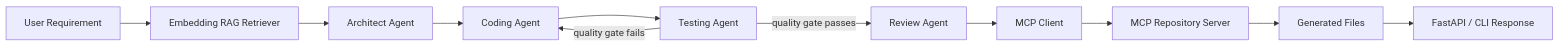
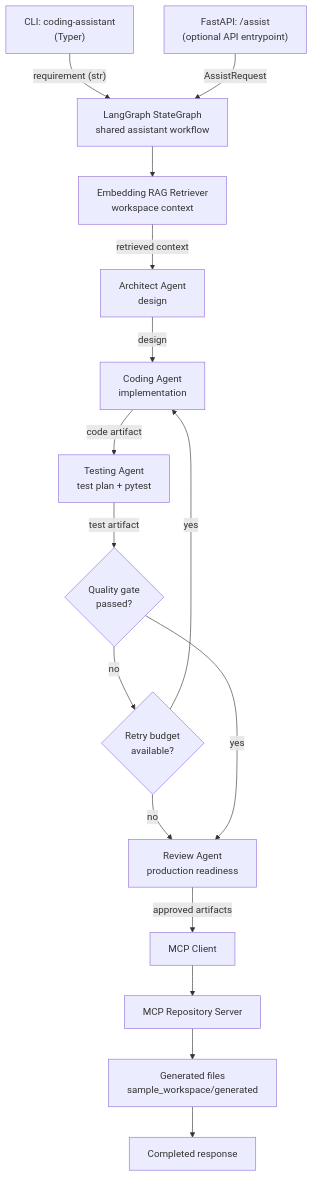
The diagram in README.md (sanjaykunta/multi-agent-coding-assistant), drawn with Mermaid before and after one commit.

Commit message:
Update README architecture diagram

````diff
--- a/README.md
+++ b/README.md
@@ -24,13 +24,33 @@
 ```mermaid
-flowchart LR
-    User[User Requirement] --> RAG[Embedding RAG Retriever]
-    RAG --> Architect[Architect Agent]
-    Architect --> Coder[Coding Agent]
-    Coder --> Tester[Testing Agent]
-    Tester -->|quality gate fails| Coder
-    Tester -->|quality gate passes| Reviewer[Review Agent]
-    Reviewer --> MCPClient[MCP Client]
-    MCPClient --> MCPServer[MCP Repository Server]
-    MCPServer --> Files[Generated Files]
-    Files --> API[FastAPI / CLI Response]
+flowchart TB
+    CLI["CLI: coding-assistant<br/>(Typer)"]
+    API["FastAPI: /assist<br/>(optional API entrypoint)"]
+    Graph["LangGraph StateGraph<br/>shared assistant workflow"]
+    RAG["Embedding RAG Retriever<br/>workspace context"]
+    Architect["Architect Agent<br/>design"]
+    Coder["Coding Agent<br/>implementation"]
+    Tester["Testing Agent<br/>test plan + pytest"]
+    Gate{"Quality gate<br/>passed?"}
+    Reviewer["Review Agent<br/>production readiness"]
+    Budget{"Retry budget<br/>available?"}
+    MCPClient["MCP Client"]
+    MCPServer["MCP Repository Server"]
+    Files["Generated files<br/>sample_workspace/generated"]
+    End["Completed response"]
+
+    CLI -->|"requirement (str)"| Graph
+    API -->|"AssistRequest"| Graph
+    Graph --> RAG
+    RAG -->|"retrieved context"| Architect
+    Architect -->|"design"| Coder
+    Coder -->|"code artifact"| Tester
+    Tester -->|"test artifact"| Gate
+    Gate -->|"no"| Budget
+    Budget -->|"yes"| Coder
+    Budget -->|"no"| Reviewer
+    Gate -->|"yes"| Reviewer
+    Reviewer -->|"approved artifacts"| MCPClient
+    MCPClient --> MCPServer
+    MCPServer --> Files
+    Files --> End
 ```
````
